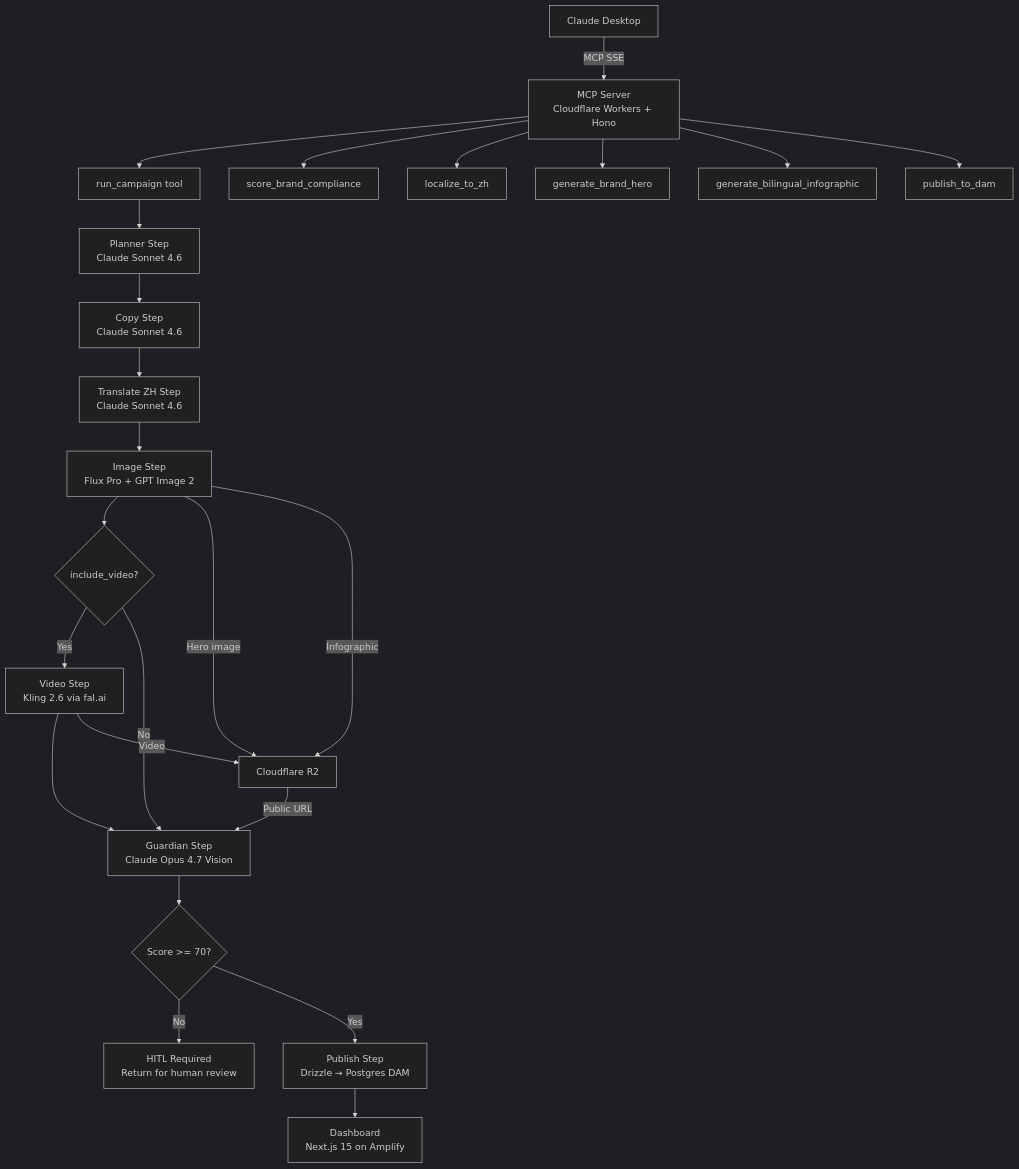
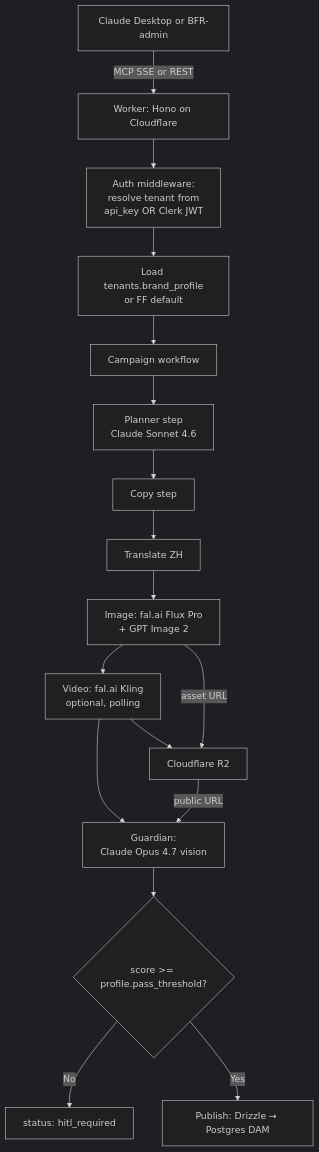
One commit to PeterChen12/ff-brand-studio changed the diagram in README.md. Above: the diagram before and after it, drawn with Mermaid (dark theme). The commit also changed other lines of this file and 16 other files, not shown here.

First line of the commit message:
feat(phase-1): per-tenant brand profile + Clerk org-resolution fix (#17)

````diff
--- a/README.md
+++ b/README.md
@@ -33,28 +42,21 @@
 ```mermaid
 graph TD
-    A[Claude Desktop] -->|MCP SSE| B[MCP Server\nCloudflare Workers + Hono]
-    B --> C[run_campaign tool]
-    C --> D[Planner Step\nClaude Sonnet 4.6]
-    D --> E[Copy Step\nClaude Sonnet 4.6]
-    E --> F[Translate ZH Step\nClaude Sonnet 4.6]
-    F --> G[Image Step\nFlux Pro + GPT Image 2]
-    G --> H{include_video?}
-    H -->|Yes| I[Video Step\nKling 2.6 via fal.ai]
-    H -->|No| J[Guardian Step\nClaude Opus 4.7 Vision]
-    I --> J
-    J --> K{Score >= 70?}
-    K -->|No| L[HITL Required\nReturn for human review]
-    K -->|Yes| M[Publish Step\nDrizzle → Postgres DAM]
-    M --> N[Dashboard\nNext.js 15 on Amplify]
+    A[Claude Desktop or BFR-admin] -->|MCP SSE or REST| B[Worker: Hono on Cloudflare]
+    B --> Auth[Auth middleware:\nresolve tenant from\napi_key OR Clerk JWT]
+    Auth --> BP[Load tenants.brand_profile\nor FF default]
+    BP --> Pipeline[Campaign workflow]
 
-    B --> O[score_brand_compliance]
-    B --> P[localize_to_zh]
-    B --> Q[generate_brand_hero]
-    B --> R[generate_bilingual_infographic]
-    B --> S[publish_to_dam]
+    Pipeline --> Planner[Planner step\nClaude Sonnet 4.6]
+    Planner --> Copy[Copy step]
+    Copy --> Translate[Translate ZH]
+    Translate --> Image[Image: fal.ai Flux Pro\n+ GPT Image 2]
+    Image --> Video[Video: fal.ai Kling\noptional, polling]
+    Video --> Guardian[Guardian:\nClaude Opus 4.7 vision]
+    Guardian --> Score{score >= profile.pass_threshold?}
+    Score -->|No| HITL[status: hitl_required]
+    Score -->|Yes| Publish[Publish: Drizzle → Postgres DAM]
 
-    G -->|Hero image| T[Cloudflare R2]
-    G -->|Infographic| T
-    I -->|Video| T
-    T -->|Public URL| J
+    Image -->|asset URL| R2[Cloudflare R2]
+    Video --> R2
+    R2 -->|public URL| Guardian
 ```
````
